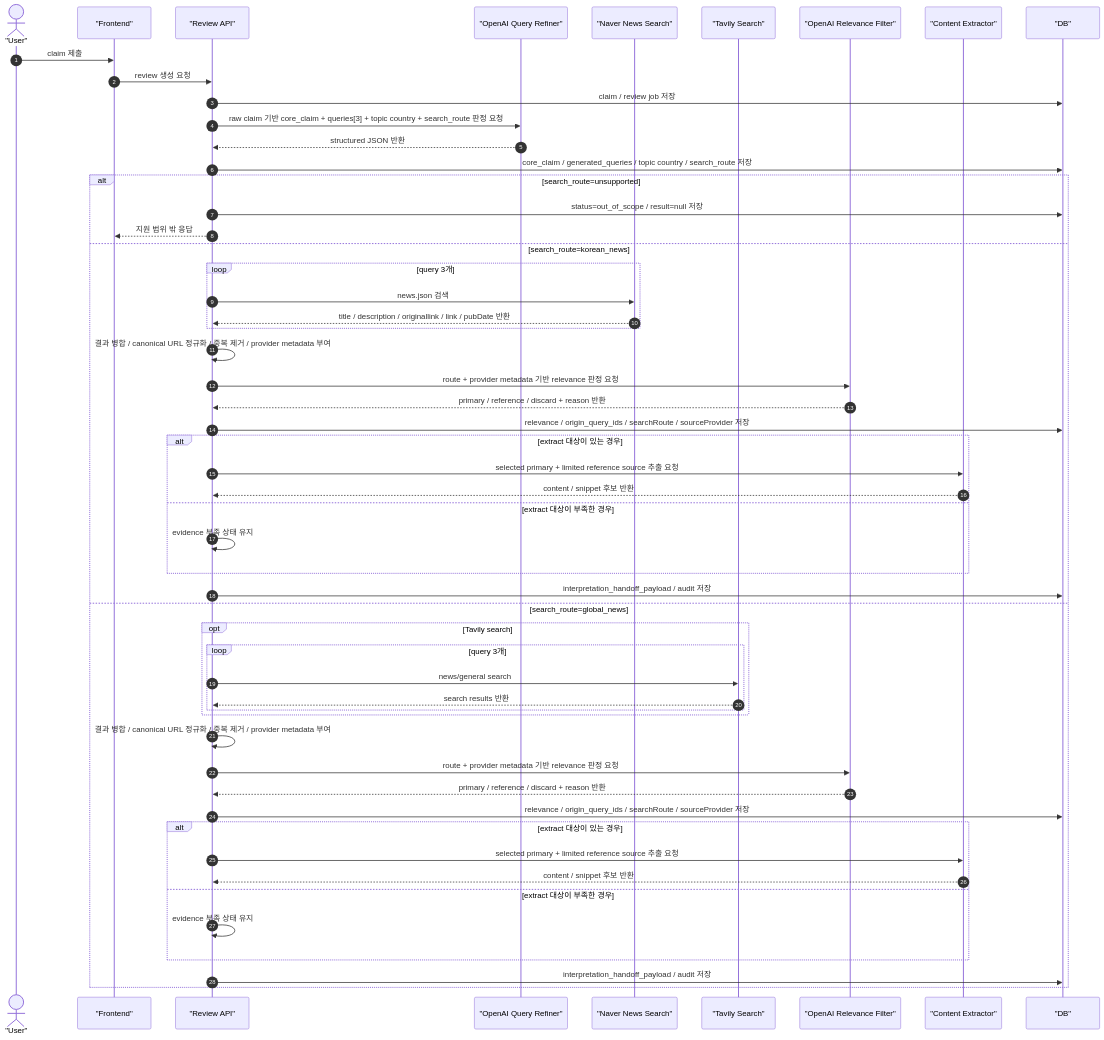
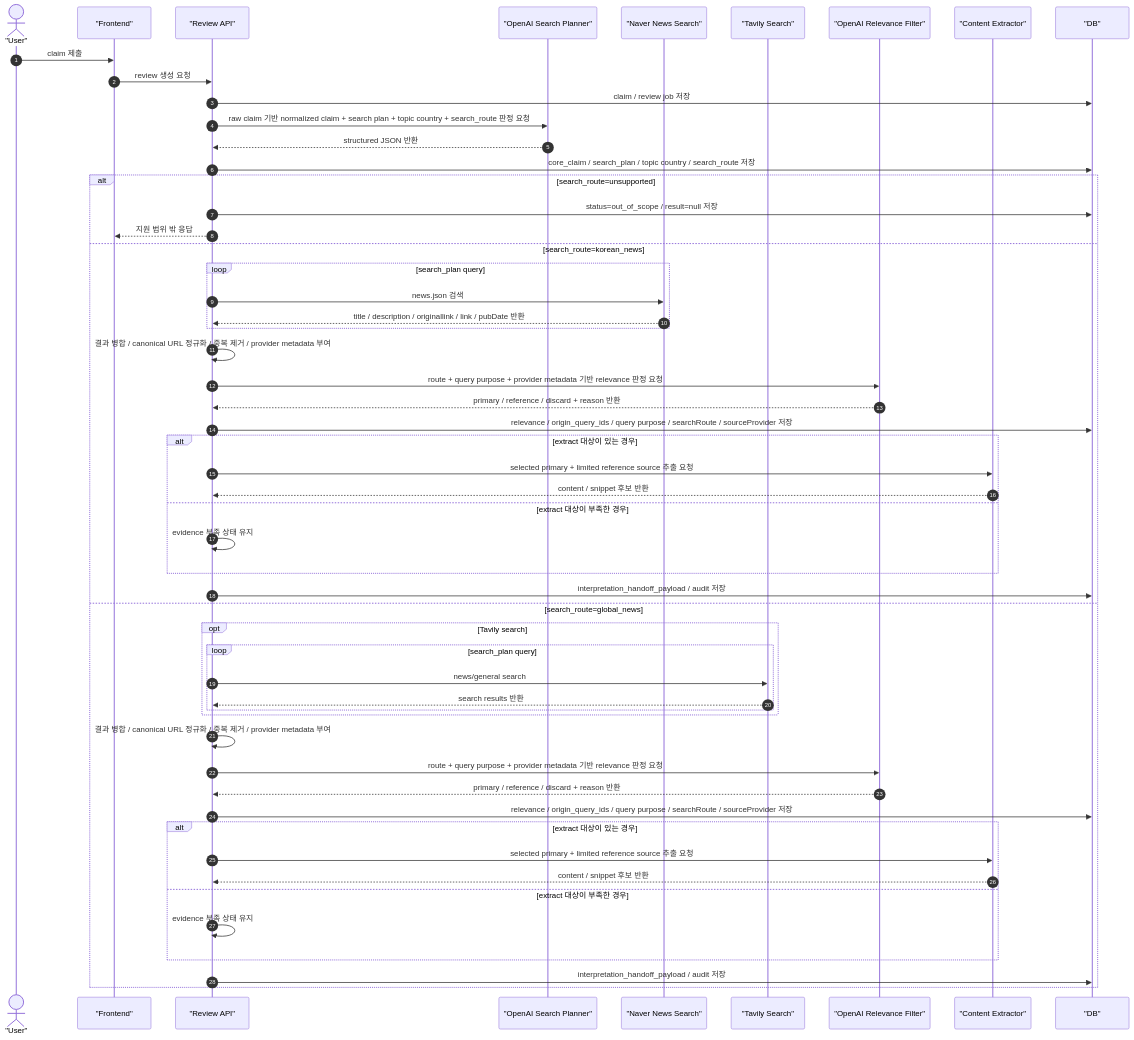
Before and after one commit to dyjeong576/varo: the first of 2 diagrams in docs/review-query-processing.md, drawn with Mermaid. The commit also changed other lines of this file and 27 other files, not shown here.

First line of the commit message:
feat: Enhance review query processing with claim understanding and search planning

````diff
--- a/docs/review-query-processing.md
+++ b/docs/review-query-processing.md
@@ -128,64 +162,64 @@
 ```mermaid
 sequenceDiagram
     autonumber
     actor User as "User"
     participant Frontend as "Frontend"
     participant ReviewAPI as "Review API"
-    participant QueryRefiner as "OpenAI Query Refiner"
+    participant QueryPlanner as "OpenAI Search Planner"
     participant Naver as "Naver News Search"
     participant Tavily as "Tavily Search"
     participant RelevanceFilter as "OpenAI Relevance Filter"
     participant Extractor as "Content Extractor"
     participant DB as "DB"
 
     User->>Frontend: claim 제출
     Frontend->>ReviewAPI: review 생성 요청
     ReviewAPI->>DB: claim / review job 저장
-    ReviewAPI->>QueryRefiner: raw claim 기반 core_claim + queries[3] + topic country + search_route 판정 요청
-    QueryRefiner-->>ReviewAPI: structured JSON 반환
-    ReviewAPI->>DB: core_claim / generated_queries / topic country / search_route 저장
+    ReviewAPI->>QueryPlanner: raw claim 기반 normalized claim + search plan + topic country + search_route 판정 요청
+    QueryPlanner-->>ReviewAPI: structured JSON 반환
+    ReviewAPI->>DB: core_claim / search_plan / topic country / search_route 저장
 
     alt search_route=unsupported
         ReviewAPI->>DB: status=out_of_scope / result=null 저장
         ReviewAPI-->>Frontend: 지원 범위 밖 응답
     else search_route=korean_news
-        loop query 3개
+        loop search_plan query
             ReviewAPI->>Naver: news.json 검색
             Naver-->>ReviewAPI: title / description / originallink / link / pubDate 반환
         end
         ReviewAPI->>ReviewAPI: 결과 병합 / canonical URL 정규화 / 중복 제거 / provider metadata 부여
-        ReviewAPI->>RelevanceFilter: route + provider metadata 기반 relevance 판정 요청
+        ReviewAPI->>RelevanceFilter: route + query purpose + provider metadata 기반 relevance 판정 요청
         RelevanceFilter-->>ReviewAPI: primary / reference / discard + reason 반환
-        ReviewAPI->>DB: relevance / origin_query_ids / searchRoute / sourceProvider 저장
+        ReviewAPI->>DB: relevance / origin_query_ids / query purpose / searchRoute / sourceProvider 저장
 
         alt extract 대상이 있는 경우
             ReviewAPI->>Extractor: selected primary + limited reference source 추출 요청
             Extractor-->>ReviewAPI: content / snippet 후보 반환
         else extract 대상이 부족한 경우
             ReviewAPI->>ReviewAPI: evidence 부족 상태 유지
         end
 
         ReviewAPI->>DB: interpretation_handoff_payload / audit 저장
     else search_route=global_news
         opt Tavily search
-            loop query 3개
+            loop search_plan query
                 ReviewAPI->>Tavily: news/general search
                 Tavily-->>ReviewAPI: search results 반환
             end
         end
 
         ReviewAPI->>ReviewAPI: 결과 병합 / canonical URL 정규화 / 중복 제거 / provider metadata 부여
-        ReviewAPI->>RelevanceFilter: route + provider metadata 기반 relevance 판정 요청
+        ReviewAPI->>RelevanceFilter: route + query purpose + provider metadata 기반 relevance 판정 요청
         RelevanceFilter-->>ReviewAPI: primary / reference / discard + reason 반환
-        ReviewAPI->>DB: relevance / origin_query_ids / searchRoute / sourceProvider 저장
+        ReviewAPI->>DB: relevance / origin_query_ids / query purpose / searchRoute / sourceProvider 저장
 
         alt extract 대상이 있는 경우
             ReviewAPI->>Extractor: selected primary + limited reference source 추출 요청
             Extractor-->>ReviewAPI: content / snippet 후보 반환
         else extract 대상이 부족한 경우
             ReviewAPI->>ReviewAPI: evidence 부족 상태 유지
         end
 
         ReviewAPI->>DB: interpretation_handoff_payload / audit 저장
     end
 ```
````
